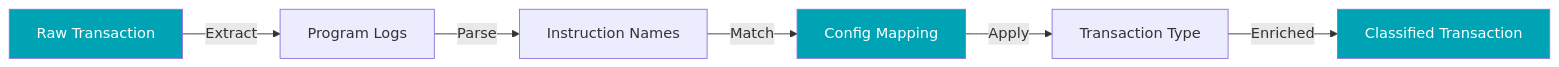
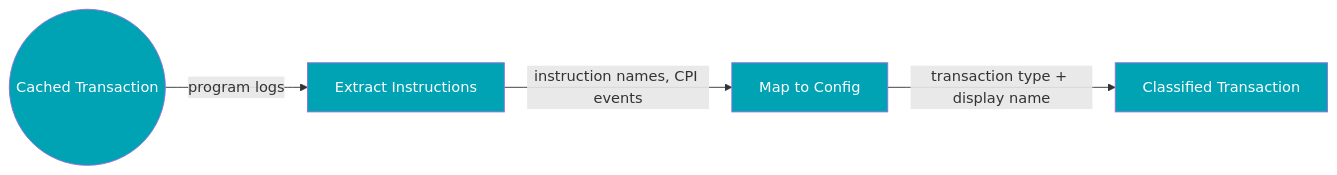
The third of 6 diagrams in docs/analysis/data-pipeline.mdx (karstenalytics/frontend), drawn with Mermaid before and after one commit. The commit also changed other lines of this file and 157 other files, not shown here.

````diff
--- a/docs/analysis/data-pipeline.mdx
+++ b/docs/analysis/data-pipeline.mdx
@@ -91,12 +89,12 @@
 ```mermaid
+%%{init: {'flowchart': {'useMaxWidth': false}}}%%
 graph LR
-    A[Raw Transaction] -->|Extract| B[Program Logs]
-    B -->|Parse| C[Instruction Names]
-    C -->|Match| D[Config Mapping]
-    D -->|Apply| E[Transaction Type]
-    E -->|Enriched| F[Classified Transaction]
+    A((Cached Transaction)) -->|program logs| B[Extract Instructions]
+    B -->|instruction names, CPI events| C[Map to Config]
+    C -->|transaction type + display name| D[Classified Transaction]
 
     style A fill:#00A3B4,color:#fff
+    style B fill:#00A3B4,color:#fff
+    style C fill:#00A3B4,color:#fff
     style D fill:#00A3B4,color:#fff
-    style F fill:#00A3B4,color:#fff
 ```
````
